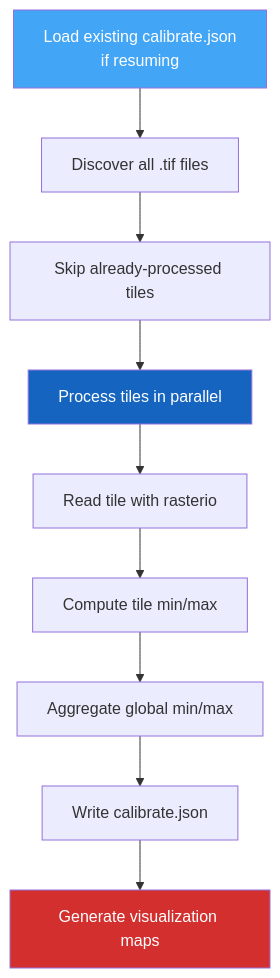
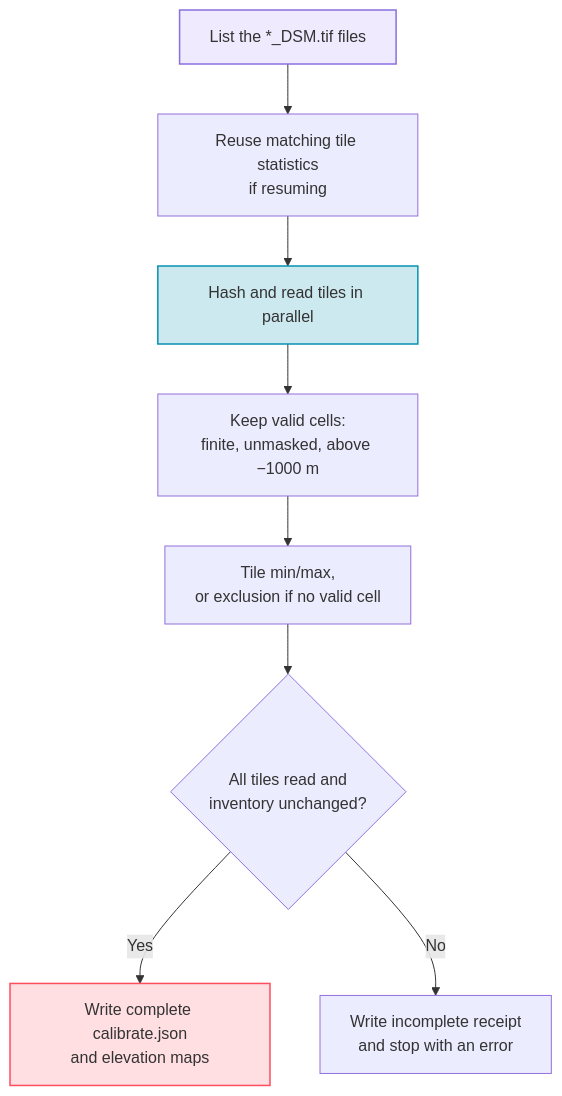
The diagram in docs/guide/calibrate.md (ThalesGroup/passage), drawn with Mermaid before and after one commit. The commit also changed other lines of this file and 597 other files, not shown here.

````diff
--- a/docs/guide/calibrate.md
+++ b/docs/guide/calibrate.md
@@ -60,15 +73,14 @@
 ```mermaid
 flowchart TD
-    A[Load existing calibrate.json\nif resuming] --> B[Discover all .tif files]
-    B --> C[Skip already-processed tiles]
-    C --> D[Process tiles in parallel]
-    D --> E[Read tile with rasterio]
-    E --> F[Compute tile min/max]
-    F --> G[Aggregate global min/max]
-    G --> H[Write calibrate.json]
-    H --> I[Generate visualization maps]
+    A[List the *_DSM.tif files] --> B[Reuse matching tile statistics<br>if resuming]
+    B --> C[Hash and read tiles in parallel]
+    C --> D[Keep valid cells:<br>finite, unmasked, above −1000 m]
+    D --> E[Tile min/max,<br>or exclusion if no valid cell]
+    E --> F{All tiles read and<br>inventory unchanged?}
+    F -->|Yes| G[Write complete calibrate.json<br>and elevation maps]
+    F -->|No| H[Write incomplete receipt<br>and stop with an error]
 
-    style A fill:#42A5F5,color:#fff
-    style D fill:#1565C0,color:#fff
-    style I fill:#D32F2F,color:#fff
+    style A fill:#a78bfa2e,stroke:#8b6fe0,stroke-width:1.5px
+    style C fill:#0891b233,stroke:#0891b2,stroke-width:1.5px
+    style G fill:#ff4d5e2e,stroke:#ff4d5e,stroke-width:1.5px
 ```
````
